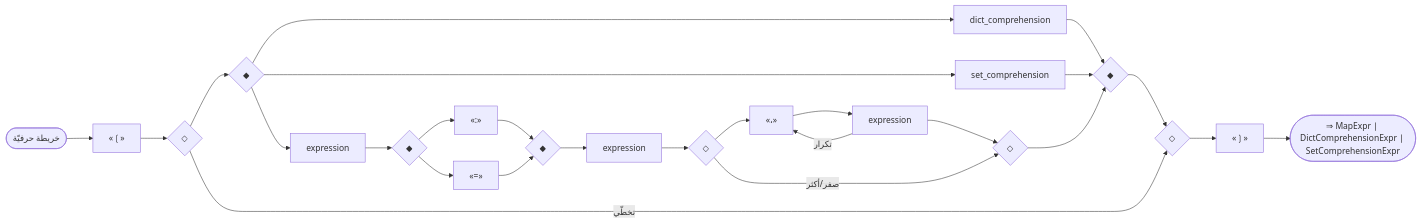
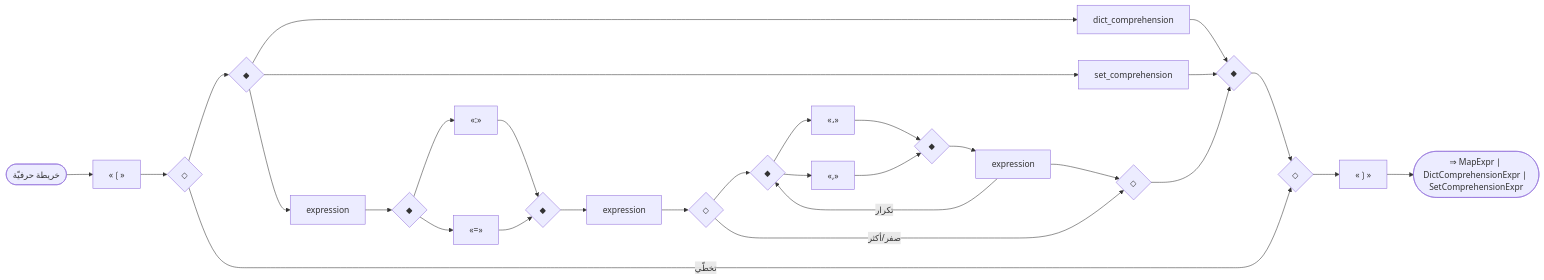
Before and after one commit to sadlang/sadlang: diagram 51 of 51 in docs/parser_rule/_generated/40_expressions.md, drawn with Mermaid. The commit also changed other lines of this file and 103 other files, not shown here.

````diff
--- a/docs/parser_rule/_generated/40_expressions.md
+++ b/docs/parser_rule/_generated/40_expressions.md
@@ -1756,48 +1770,55 @@
 ```mermaid
 flowchart LR
   n1(["خريطة حرفيّة"])
   n2["«❲»"]
   n3{"◇"}
   n4{"◇"}
   n5{"◆"}
   n6{"◆"}
   n7["dict_comprehension"]
   n5 --> n7
   n7 --> n6
   n8["set_comprehension"]
   n5 --> n8
   n8 --> n6
   n9["expression"]
   n10{"◆"}
   n11{"◆"}
   n12["«:»"]
   n10 --> n12
   n12 --> n11
   n13["«=»"]
   n10 --> n13
   n13 --> n11
   n9 --> n10
   n14["expression"]
   n11 --> n14
   n15{"◇"}
   n16{"◇"}
-  n17["«،»"]
-  n18["expression"]
-  n17 --> n18
+  n17{"◆"}
+  n18{"◆"}
+  n19["«،»"]
+  n17 --> n19
+  n19 --> n18
+  n20["«,»"]
+  n17 --> n20
+  n20 --> n18
+  n21["expression"]
+  n18 --> n21
   n15 --> n17
-  n18 --> n16
-  n18 -- "تكرار" --> n17
+  n21 --> n16
+  n21 -- "تكرار" --> n17
   n15 -- "صفر/أكثر" --> n16
   n14 --> n15
   n5 --> n9
   n16 --> n6
   n3 --> n5
   n6 --> n4
   n3 -- "تخطّي" --> n4
   n2 --> n3
-  n19["«❳»"]
-  n4 --> n19
+  n22["«❳»"]
+  n4 --> n22
   n1 --> n2
-  n20(["⇒ MapExpr ∣ DictComprehensionExpr ∣ SetComprehensionExpr"])
-  n19 --> n20
+  n23(["⇒ MapExpr ∣ DictComprehensionExpr ∣ SetComprehensionExpr"])
+  n22 --> n23
 ```
````
